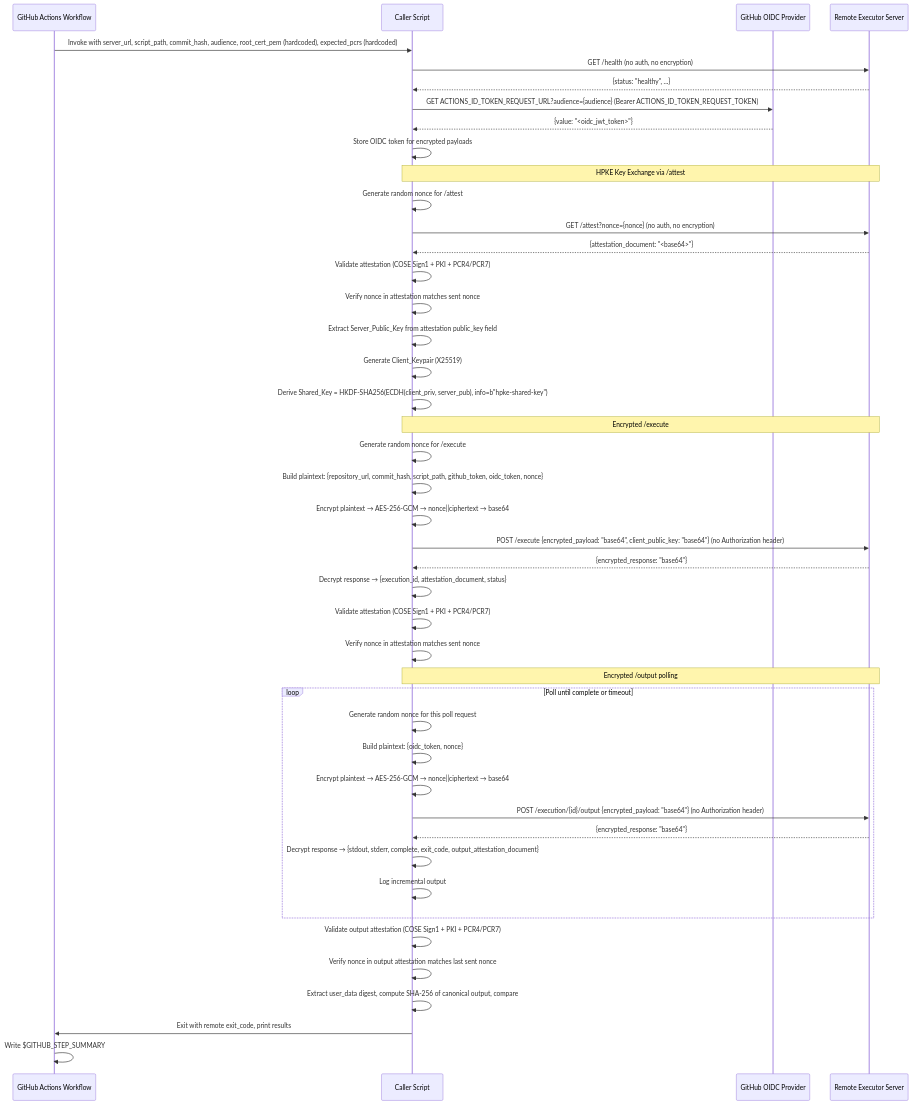
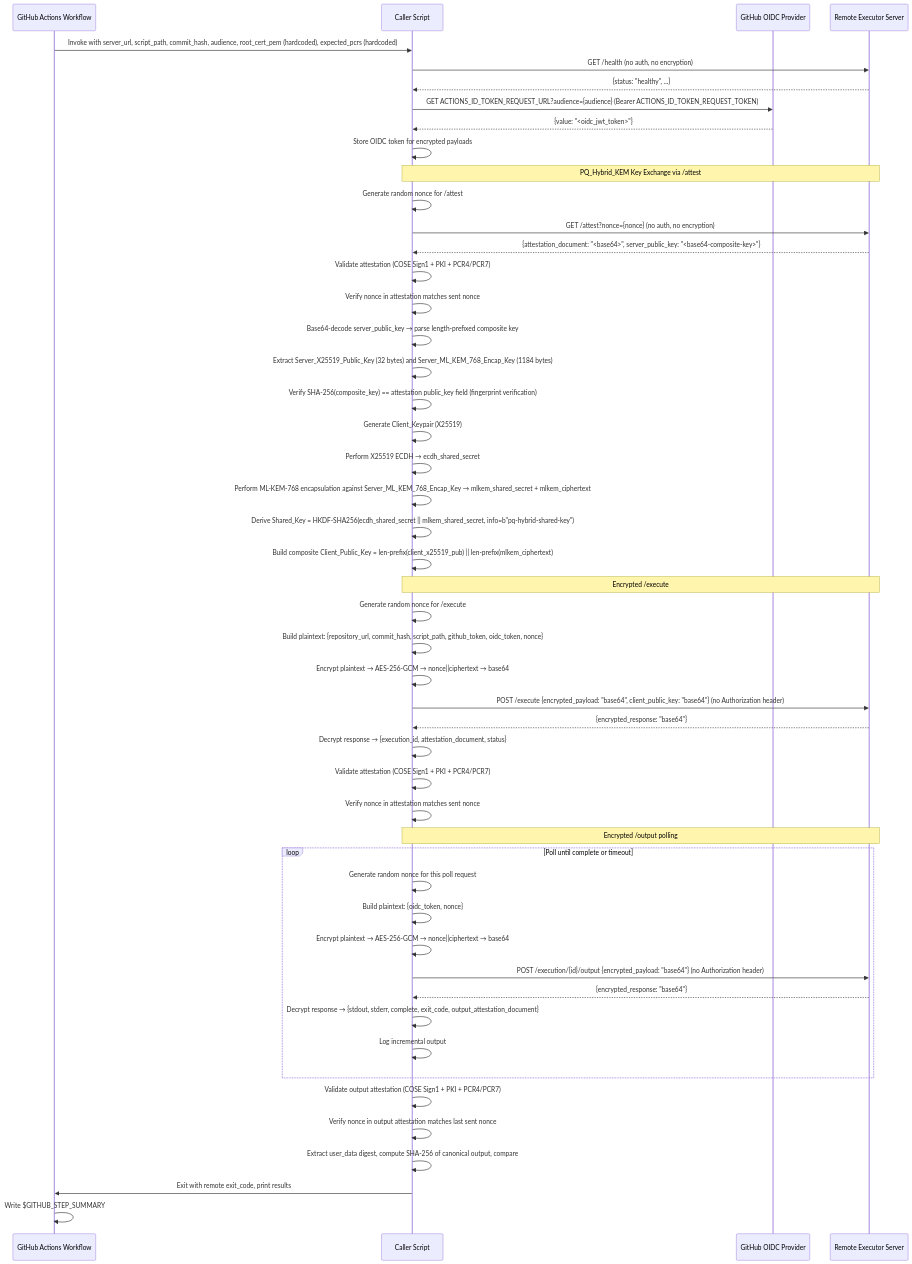
The first of 2 diagrams in .kiro/specs/gha-remote-executor-caller/design.md (richardfan1126/github-runner-ec2-attestation), drawn with Mermaid before and after one commit. The commit also changed other lines of this file and 2 other files, not shown here.

First line of the commit message:
spec: migrate caller encryption from HPKE to PQ_Hybrid_KEM (X25519 + ML-KEM-768)

````diff
--- a/.kiro/specs/gha-remote-executor-caller/design.md
+++ b/.kiro/specs/gha-remote-executor-caller/design.md
@@ -36,53 +37,58 @@
 ```mermaid
 sequenceDiagram
     participant GHA as GitHub Actions Workflow
     participant CS as Caller Script
     participant OIDC as GitHub OIDC Provider
     participant RE as Remote Executor Server
 
     GHA->>CS: Invoke with server_url, script_path, commit_hash, audience, root_cert_pem (hardcoded), expected_pcrs (hardcoded)
 
     CS->>RE: GET /health (no auth, no encryption)
     RE-->>CS: {status: "healthy", ...}
 
     CS->>OIDC: GET ACTIONS_ID_TOKEN_REQUEST_URL?audience={audience} (Bearer ACTIONS_ID_TOKEN_REQUEST_TOKEN)
     OIDC-->>CS: {value: "<oidc_jwt_token>"}
     CS->>CS: Store OIDC token for encrypted payloads
 
-    Note over CS,RE: HPKE Key Exchange via /attest
+    Note over CS,RE: PQ_Hybrid_KEM Key Exchange via /attest
     CS->>CS: Generate random nonce for /attest
     CS->>RE: GET /attest?nonce={nonce} (no auth, no encryption)
-    RE-->>CS: {attestation_document: "<base64>"}
+    RE-->>CS: {attestation_document: "<base64>", server_public_key: "<base64-composite-key>"}
     CS->>CS: Validate attestation (COSE Sign1 + PKI + PCR4/PCR7)
     CS->>CS: Verify nonce in attestation matches sent nonce
-    CS->>CS: Extract Server_Public_Key from attestation public_key field
+    CS->>CS: Base64-decode server_public_key → parse length-prefixed composite key
+    CS->>CS: Extract Server_X25519_Public_Key (32 bytes) and Server_ML_KEM_768_Encap_Key (1184 bytes)
+    CS->>CS: Verify SHA-256(composite_key) == attestation public_key field (fingerprint verification)
     CS->>CS: Generate Client_Keypair (X25519)
-    CS->>CS: Derive Shared_Key = HKDF-SHA256(ECDH(client_priv, server_pub), info=b"hpke-shared-key")
+    CS->>CS: Perform X25519 ECDH → ecdh_shared_secret
+    CS->>CS: Perform ML-KEM-768 encapsulation against Server_ML_KEM_768_Encap_Key → mlkem_shared_secret + mlkem_ciphertext
+    CS->>CS: Derive Shared_Key = HKDF-SHA256(ecdh_shared_secret || mlkem_shared_secret, info=b"pq-hybrid-shared-key")
+    CS->>CS: Build composite Client_Public_Key = len-prefix(client_x25519_pub) || len-prefix(mlkem_ciphertext)
 
     Note over CS,RE: Encrypted /execute
     CS->>CS: Generate random nonce for /execute
     CS->>CS: Build plaintext: {repository_url, commit_hash, script_path, github_token, oidc_token, nonce}
     CS->>CS: Encrypt plaintext → AES-256-GCM → nonce||ciphertext → base64
     CS->>RE: POST /execute {encrypted_payload: "base64", client_public_key: "base64"} (no Authorization header)
     RE-->>CS: {encrypted_response: "base64"}
     CS->>CS: Decrypt response → {execution_id, attestation_document, status}
     CS->>CS: Validate attestation (COSE Sign1 + PKI + PCR4/PCR7)
     CS->>CS: Verify nonce in attestation matches sent nonce
 
     Note over CS,RE: Encrypted /output polling
     loop Poll until complete or timeout
         CS->>CS: Generate random nonce for this poll request
         CS->>CS: Build plaintext: {oidc_token, nonce}
         CS->>CS: Encrypt plaintext → AES-256-GCM → nonce||ciphertext → base64
         CS->>RE: POST /execution/{id}/output {encrypted_payload: "base64"} (no Authorization header)
         RE-->>CS: {encrypted_response: "base64"}
         CS->>CS: Decrypt response → {stdout, stderr, complete, exit_code, output_attestation_document}
         CS->>CS: Log incremental output
     end
 
     CS->>CS: Validate output attestation (COSE Sign1 + PKI + PCR4/PCR7)
     CS->>CS: Verify nonce in output attestation matches last sent nonce
     CS->>CS: Extract user_data digest, compute SHA-256 of canonical output, compare
     CS->>GHA: Exit with remote exit_code, print results
     GHA->>GHA: Write $GITHUB_STEP_SUMMARY
 ```
````
